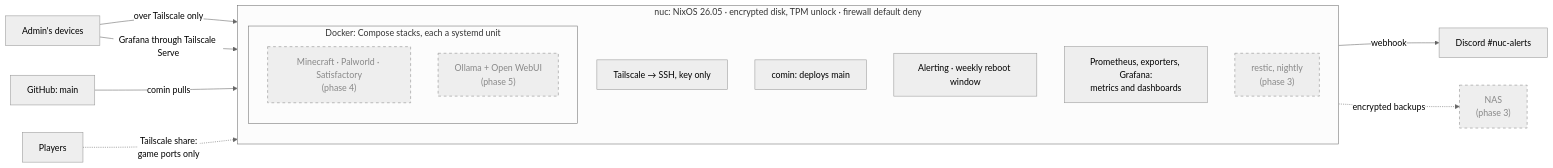
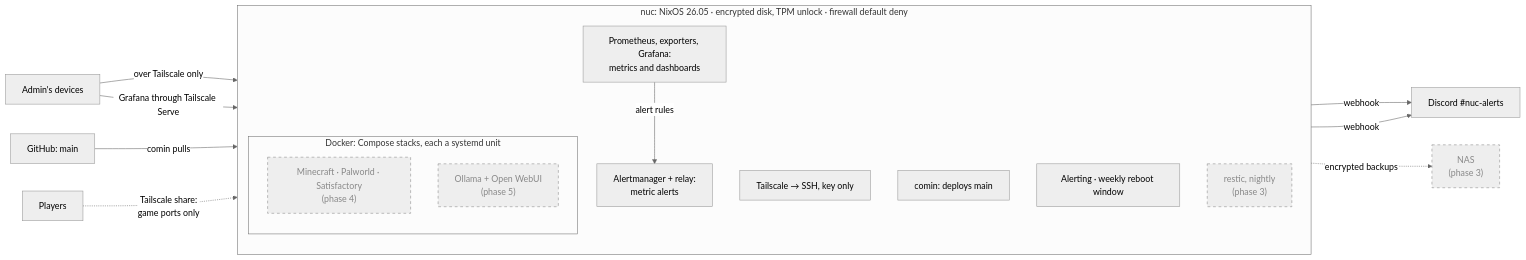
The second of 2 diagrams in README.md (alexCranfield/nixos-homeserver), drawn with Mermaid (neutral theme) before and after one commit. The commit also changed other lines of this file and 31 other files, not shown here.

First line of the commit message:
Add alert rules and Alertmanager with a relay to Discord (#173)

````diff
--- a/README.md
+++ b/README.md
@@ -103,28 +104,31 @@
 ```mermaid
 flowchart LR
     admin["Admin's devices"]
     gh["GitHub: main"]
     players["Players"]
     subgraph nuc["nuc: NixOS 26.05 · encrypted disk, TPM unlock · firewall default deny"]
         direction TB
         ts["Tailscale → SSH, key only"]
         comin["comin: deploys main"]
         notify["Alerting · weekly reboot window"]
+        am["Alertmanager + relay:<br/>metric alerts"]
         subgraph docker["Docker: Compose stacks, each a systemd unit"]
             games["Minecraft · Palworld · Satisfactory<br/>(phase 4)"]
             llm["Ollama + Open WebUI<br/>(phase 5)"]
         end
         obs["Prometheus, exporters, Grafana:<br/>metrics and dashboards"]
         restic["restic, nightly<br/>(phase 3)"]
     end
     discord["Discord #nuc-alerts"]
     nas["NAS<br/>(phase 3)"]
     admin -->|"over Tailscale only"| ts
     admin -->|"Grafana through Tailscale Serve"| obs
     gh -->|"comin pulls"| comin
     players -.->|"Tailscale share:<br/>game ports only"| games
     notify -->|webhook| discord
+    obs -->|"alert rules"| am
+    am -->|webhook| discord
     restic -.->|"encrypted backups"| nas
     classDef planned stroke-dasharray: 5 5,color:#888,stroke:#888
     class games,llm,restic,nas planned
 ```
````
